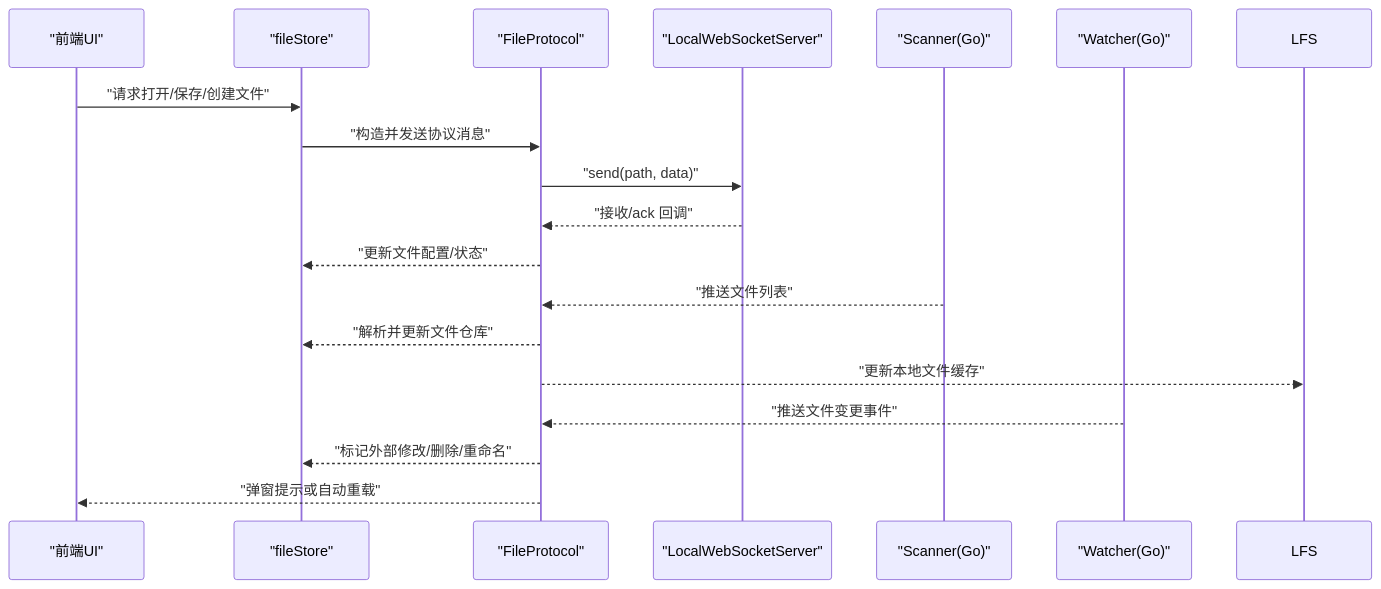
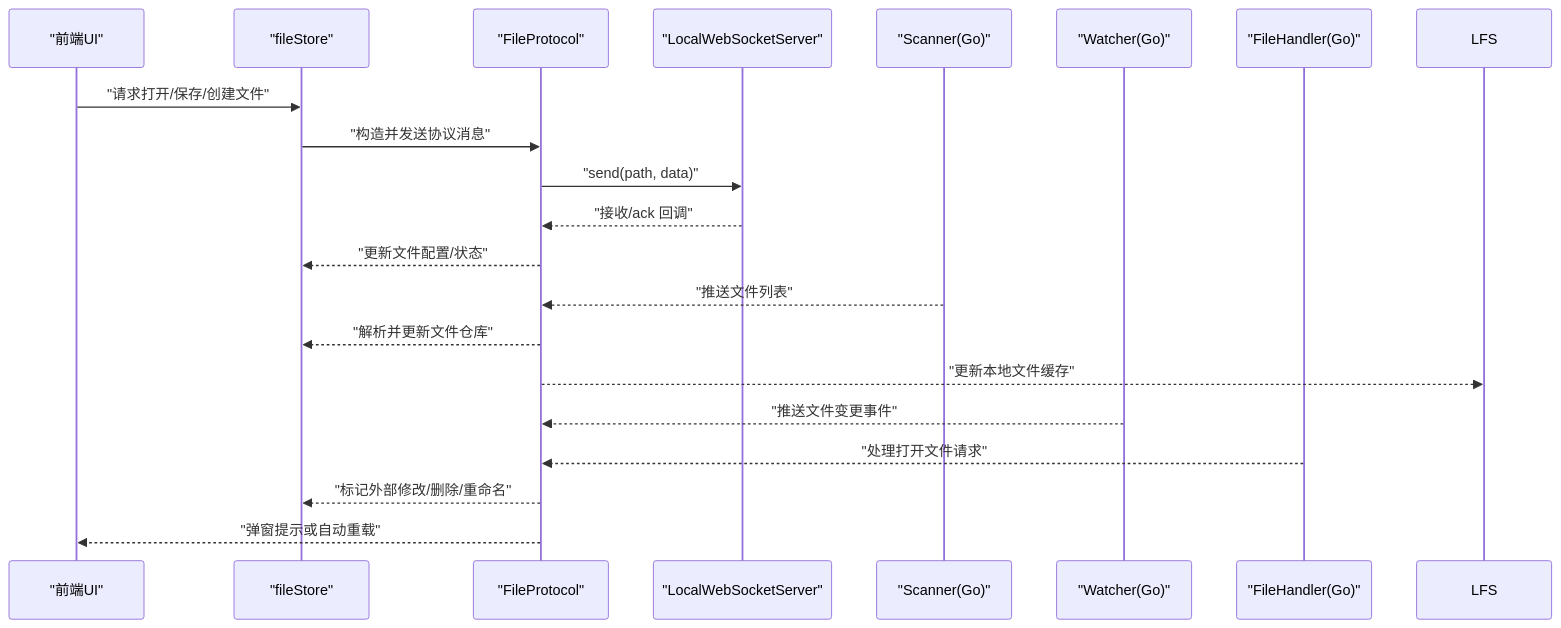
The second of 7 diagrams in .qoder/repowiki/zh/content/状态管理系统/文件状态管理.md (kqcoxn/MaaPipelineEditor), drawn with Mermaid before and after one commit. The commit also changed other lines of this file and 37 other files, not shown here.

````diff
--- a/.qoder/repowiki/zh/content/状态管理系统/文件状态管理.md
+++ b/.qoder/repowiki/zh/content/状态管理系统/文件状态管理.md
@@ -111,20 +122,22 @@
 ```mermaid
 sequenceDiagram
 participant UI as "前端UI"
 participant FS as "fileStore"
 participant FP as "FileProtocol"
 participant WS as "LocalWebSocketServer"
 participant SCN as "Scanner(Go)"
 participant WAT as "Watcher(Go)"
+participant FH as "FileHandler(Go)"
 UI->>FS : "请求打开/保存/创建文件"
 FS->>FP : "构造并发送协议消息"
 FP->>WS : "send(path, data)"
 WS-->>FP : "接收/ack 回调"
 FP-->>FS : "更新文件配置/状态"
 SCN-->>FP : "推送文件列表"
 FP-->>FS : "解析并更新文件仓库"
 FP-->>LFS : "更新本地文件缓存"
 WAT-->>FP : "推送文件变更事件"
+FH-->>FP : "处理打开文件请求"
 FP-->>FS : "标记外部修改/删除/重命名"
 FP-->>UI : "弹窗提示或自动重载"
 ```
````
